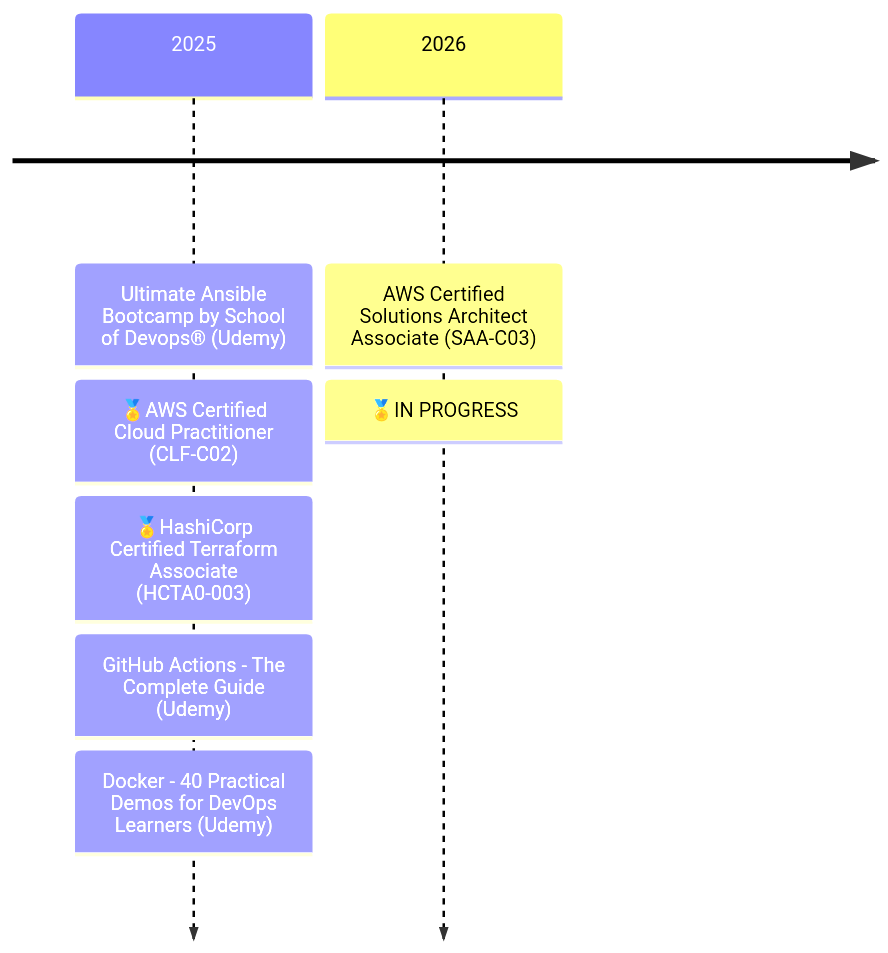
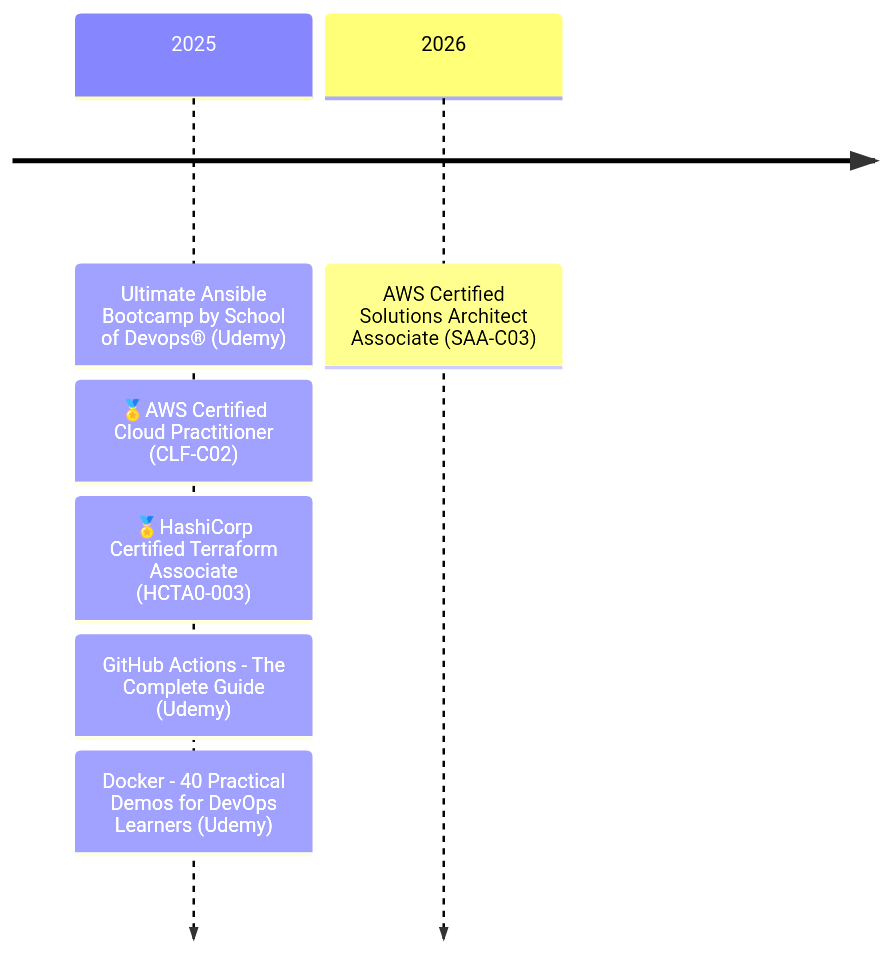
Before and after one commit to rtdevx/rtdevx.github.io: the diagram in content/about.md, drawn with Mermaid. The commit also changed 1 other file, not shown here.

Commit message:
Obsidian sync: 2025-12-10 01:22:51

```diff
--- a/content/about.md
+++ b/content/about.md
@@ -65,9 +65,9 @@
 {{< mermaid >}}
 timeline    
     2025 : Ultimate Ansible Bootcamp by School of Devops® (Udemy)
          : 🏅AWS Certified Cloud Practitioner (CLF-C02)
          : 🏅HashiCorp Certified Terraform Associate (HCTA0-003)
          : GitHub Actions - The Complete Guide (Udemy)
          : Docker - 40 Practical Demos for DevOps Learners (Udemy)
-    2026 : AWS Certified Solutions Architect Associate (SAA-C03) : 🏅IN PROGRESS
+    2026 : AWS Certified Solutions Architect Associate (SAA-C03)
 {{< /mermaid >}}
```
